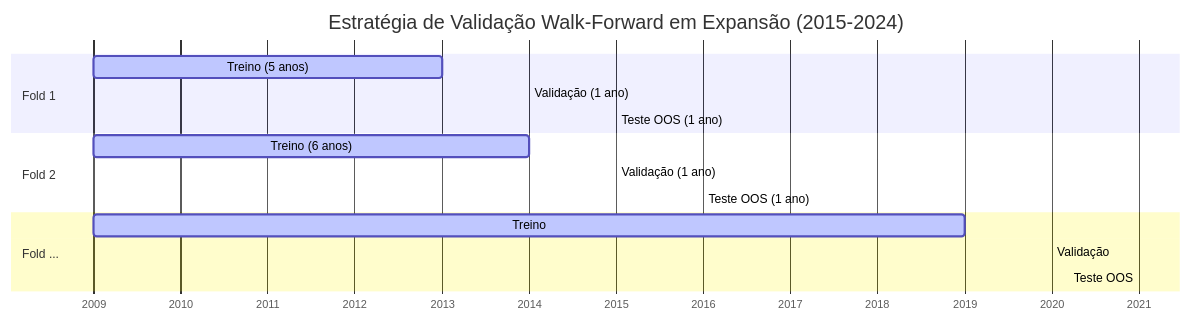
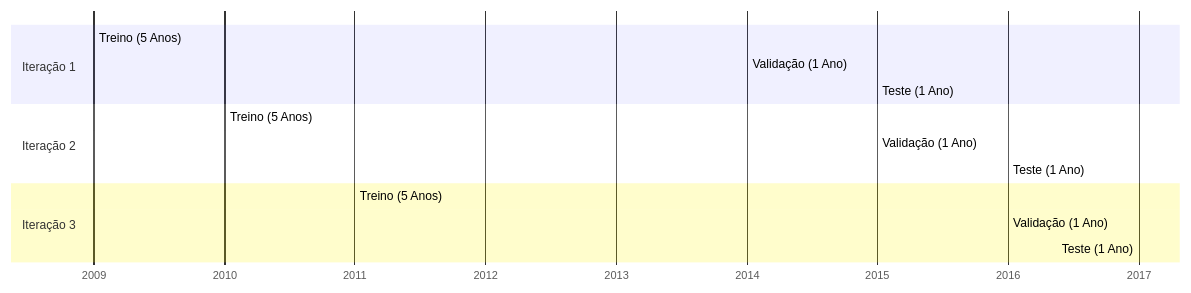
Before and after one commit to jpmsilva1/MSR_TCN: the second of 3 diagrams in README.md, drawn with Mermaid. The commit also changed other lines of this file, not shown here.

Commit message:
docs: Refatoracao completa do README (Nomes e Diagramas Top-Down e Gantt limpo)

````diff
--- a/README.md
+++ b/README.md
@@ -78,21 +101,20 @@
 ```mermaid
 gantt
-    title Estratégia de Validação Walk-Forward em Expansão (2015-2024)
     dateFormat YYYY
     axisFormat %Y
     
-    section Fold 1
-    Treino (5 anos)      :active, t1, 2009, 2013
-    Validação (1 ano)    :crit, v1, 2014, 2014
-    Teste OOS (1 ano)    :done, f1, 2015, 2015
+    section Iteração 1
+    Treino (5 Anos)   :active, 2009-01-01, 2013-12-31
+    Validação (1 Ano) :done,   2014-01-01, 2014-12-31
+    Teste (1 Ano)     :crit,   2015-01-01, 2015-12-31
 
-    section Fold 2
-    Treino (6 anos)      :active, t2, 2009, 2014
-    Validação (1 ano)    :crit, v2, 2015, 2015
-    Teste OOS (1 ano)    :done, f2, 2016, 2016
-    
-    section Fold ...
-    Treino               :active, t3, 2009, 2019
-    Validação            :crit, v3, 2020, 2020
-    Teste OOS            :done, f3, 2021, 2021
+    section Iteração 2
+    Treino (5 Anos)   :active, 2010-01-01, 2014-12-31
+    Validação (1 Ano) :done,   2015-01-01, 2015-12-31
+    Teste (1 Ano)     :crit,   2016-01-01, 2016-12-31
+
+    section Iteração 3
+    Treino (5 Anos)   :active, 2011-01-01, 2015-12-31
+    Validação (1 Ano) :done,   2016-01-01, 2016-12-31
+    Teste (1 Ano)     :crit,   2017-01-01, 2017-12-31
 ```
````
